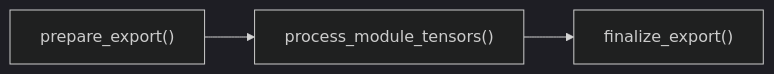
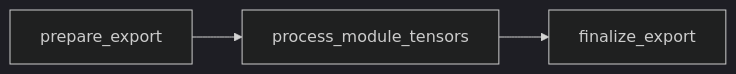
Before and after one commit to mindstudio-docs/master: the diagram in msmodelslim/docs/zh/knowledge_base/quantization_format/iformat_integration_guide.md, drawn with Mermaid (dark theme). The commit also changed other lines of this file and 180 other files, not shown here.

````diff
--- a/msmodelslim/docs/zh/knowledge_base/quantization_format/iformat_integration_guide.md
+++ b/msmodelslim/docs/zh/knowledge_base/quantization_format/iformat_integration_guide.md
@@ -13,5 +34,5 @@
 ```mermaid
 flowchart LR
-  prepareExport["prepare_export()"] --> traverse["process_module_tensors()"]
-  traverse --> finalize["finalize_export()"]
+  prepareExport["prepare_export"] --> traverse["process_module_tensors"]
+  traverse --> finalize["finalize_export"]
 ```
````
